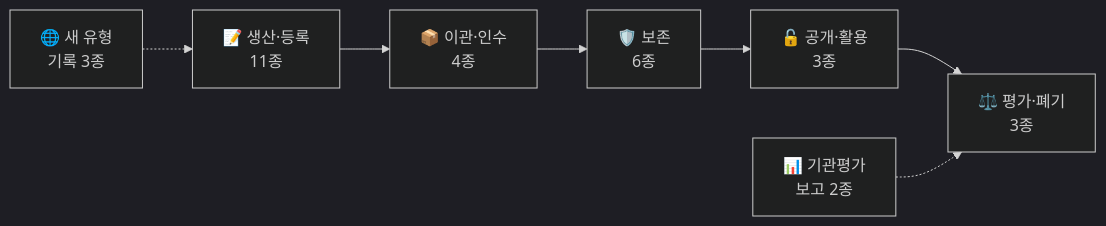
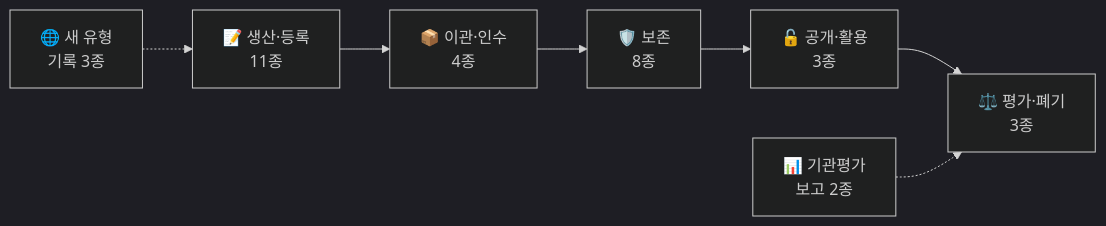
The first of 2 diagrams in README.md (changgi/archive-bm-tools), drawn with Mermaid (dark theme) before and after one commit. The commit also changed other lines of this file and 17 other files, not shown here.

````diff
--- a/README.md
+++ b/README.md
@@ -58,9 +58,9 @@
 ```mermaid
 flowchart LR
     A["📝 생산·등록<br/>11종"] --> B["📦 이관·인수<br/>4종"]
-    B --> C["🛡️ 보존<br/>6종"]
+    B --> C["🛡️ 보존<br/>8종"]
     C --> D["🔓 공개·활용<br/>3종"]
     D --> E["⚖️ 평가·폐기<br/>3종"]
     N["🌐 새 유형<br/>기록 3종"] -.-> A
     R["📊 기관평가<br/>보고 2종"] -.-> E
 ```
````
